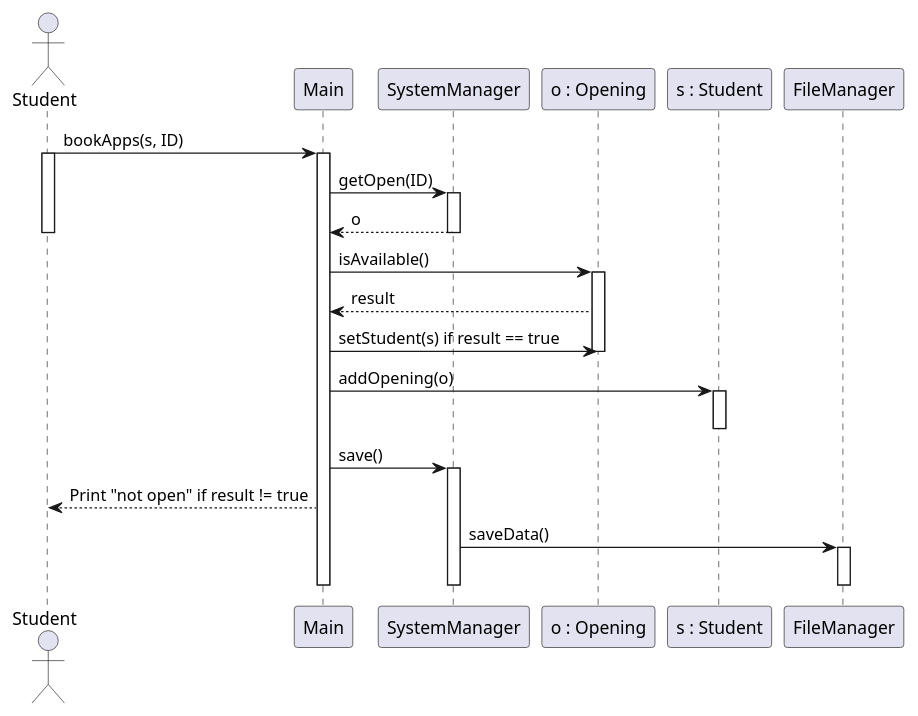
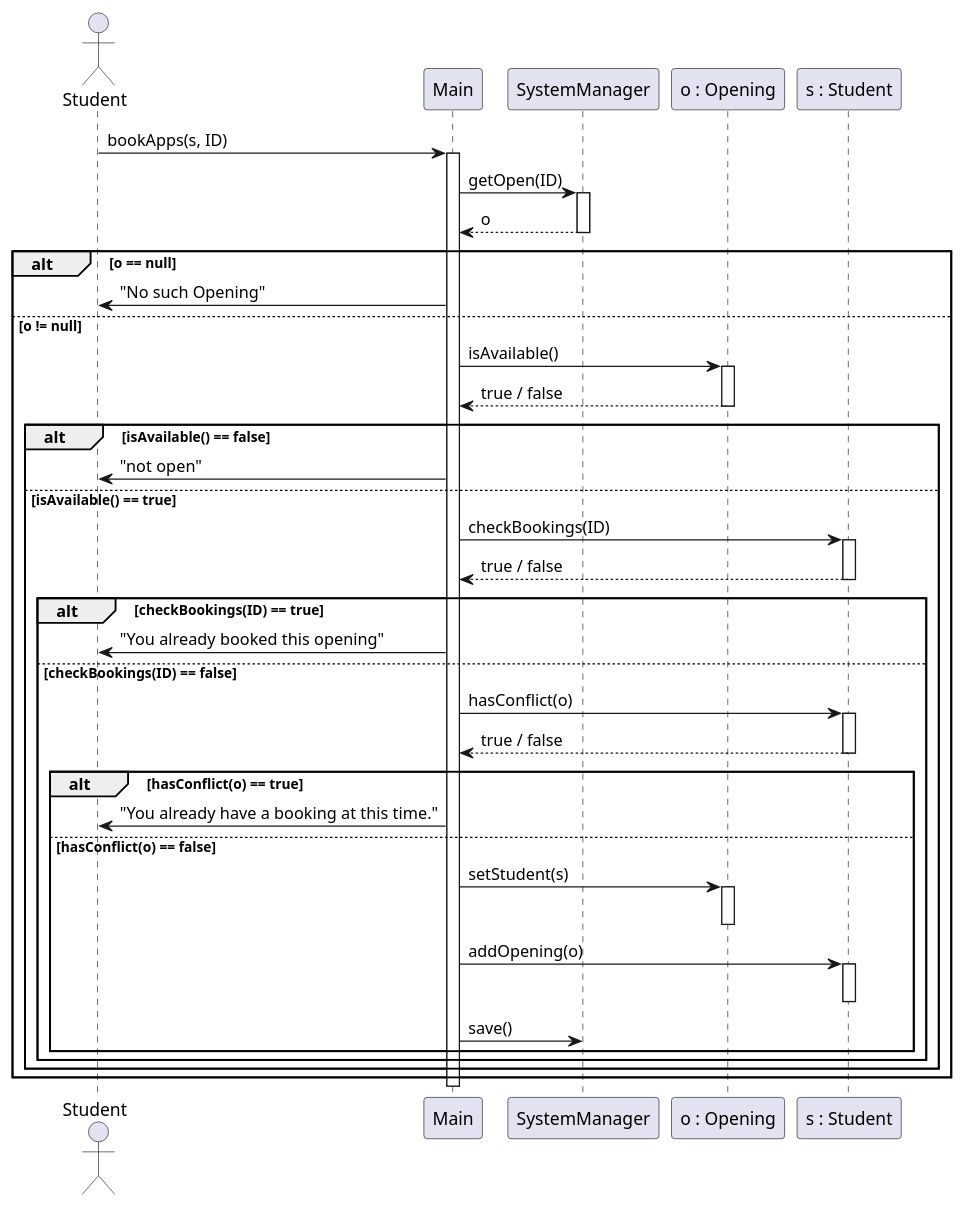
The diagram in docs/book-appointment-sequence.puml (localhost433/OOPFinalProject), drawn with PlantUML before and after one commit. The commit also changed 10 other files, not shown here.

Commit message:
seq diagrams

```diff
--- a/docs/book-appointment-sequence.puml
+++ b/docs/book-appointment-sequence.puml
@@ -1,44 +1,66 @@
 @startuml book-appointment-sequence
-' Sequence diagram — Student books an appointment (Main.bookApps)
+' Sequence diagram — Student books an opening (Main.bookApps)
 
 actor Student as student
 
 participant "Main" as main
 participant "SystemManager" as sys
 participant "o : Opening" as open
 participant "s : Student" as sObj
-participant "FileManager" as file
 
 student -> main : bookApps(s, ID)
-activate student
 activate main
 
 main -> sys : getOpen(ID)
 activate sys
 sys --> main : o
 deactivate sys
-deactivate student
 
-main -> open : isAvailable()
-activate open
-open --> main : result
-main -> open : setStudent(s) if result == true
-deactivate open
+alt o == null
+    main -> student : "No such Opening"
+else o != null
 
-main -> sObj : addOpening(o)
-activate sObj
-deactivate sObj
+    main -> open : isAvailable()
+    activate open
+    open --> main : true / false
+    deactivate open
 
-main -> sys : save()
-activate sys
+    alt isAvailable() == false
+        main -> student : "not open"
+    else isAvailable() == true
 
-main --> student : Print "not open" if result != true
+        main -> sObj : checkBookings(ID)
+        activate sObj
+        sObj --> main : true / false
+        deactivate sObj
 
-sys -> file : saveData()
-activate file
-deactivate file
-deactivate sys
+        alt checkBookings(ID) == true
+            main -> student : "You already booked this opening"
+        else checkBookings(ID) == false
+
+            main -> sObj : hasConflict(o)
+            activate sObj
+            sObj --> main : true / false
+            deactivate sObj
+
+            alt hasConflict(o) == true
+                main -> student : "You already have a booking at this time."
+            else hasConflict(o) == false
+
+                main -> open : setStudent(s)
+                activate open
+                deactivate open
+
+                main -> sObj : addOpening(o)
+                activate sObj
+                deactivate sObj
+
+                main -> sys : save()
+            end
+        end
+    end
+end
 
 deactivate main
 
 @enduml
```
